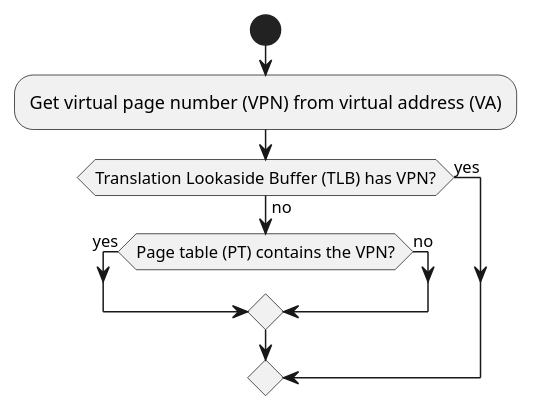
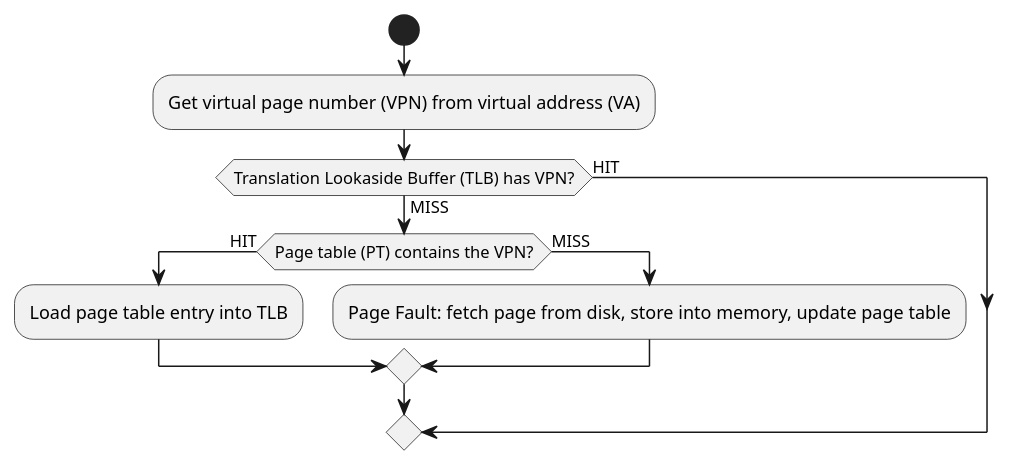
Before and after one commit to ashwinreddy/wiki: the second of 2 diagrams in Computer-Science/Translation lookaside buffer.md, drawn with PlantUML.

Commit message:
Updated Translation lookaside buffer.md (markdown)

```diff
--- a/Computer-Science/Translation lookaside buffer.md
+++ b/Computer-Science/Translation lookaside buffer.md
@@ -24,10 +24,12 @@
 @startuml
 start
 :Get virtual page number (VPN) from virtual address (VA);
-if (Translation Lookaside Buffer (TLB) has VPN?) then (yes)
-else (no)
-    if (Page table (PT) contains the VPN?) then (yes)
-    else (no)
+if (Translation Lookaside Buffer (TLB) has VPN?) then (HIT)
+else (MISS)
+    if (Page table (PT) contains the VPN?) then (HIT)
+    :Load page table entry into TLB;
+    else (MISS)
+    :Page Fault: fetch page from disk, store into memory, update page table;
     endif
 endif
 @enduml
```
